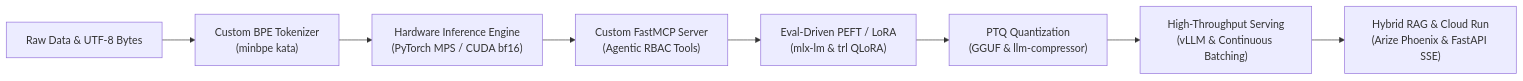
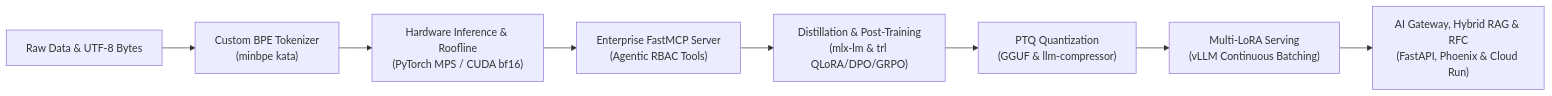
Before and after one commit to garg-achal/applied-ai-foundry: the diagram in README.md, drawn with Mermaid. The commit also changed other lines of this file and 12 other files, not shown here.

````diff
--- a/README.md
+++ b/README.md
@@ -19,10 +19,10 @@
 ```mermaid
 flowchart LR
     A["Raw Data & UTF-8 Bytes"] --> B["Custom BPE Tokenizer<br/>(minbpe kata)"]
-    B --> C["Hardware Inference Engine<br/>(PyTorch MPS / CUDA bf16)"]
-    C --> D["Custom FastMCP Server<br/>(Agentic RBAC Tools)"]
-    D --> E["Eval-Driven PEFT / LoRA<br/>(mlx-lm & trl QLoRA)"]
+    B --> C["Hardware Inference & Roofline<br/>(PyTorch MPS / CUDA bf16)"]
+    C --> D["Enterprise FastMCP Server<br/>(Agentic RBAC Tools)"]
+    D --> E["Distillation & Post-Training<br/>(mlx-lm & trl QLoRA/DPO/GRPO)"]
     E --> F["PTQ Quantization<br/>(GGUF & llm-compressor)"]
-    F --> G["High-Throughput Serving<br/>(vLLM & Continuous Batching)"]
-    G --> H["Hybrid RAG & Cloud Run<br/>(Arize Phoenix & FastAPI SSE)"]
+    F --> G["Multi-LoRA Serving<br/>(vLLM Continuous Batching)"]
+    G --> H["AI Gateway, Hybrid RAG & RFC<br/>(FastAPI, Phoenix & Cloud Run)"]
 ```
````
